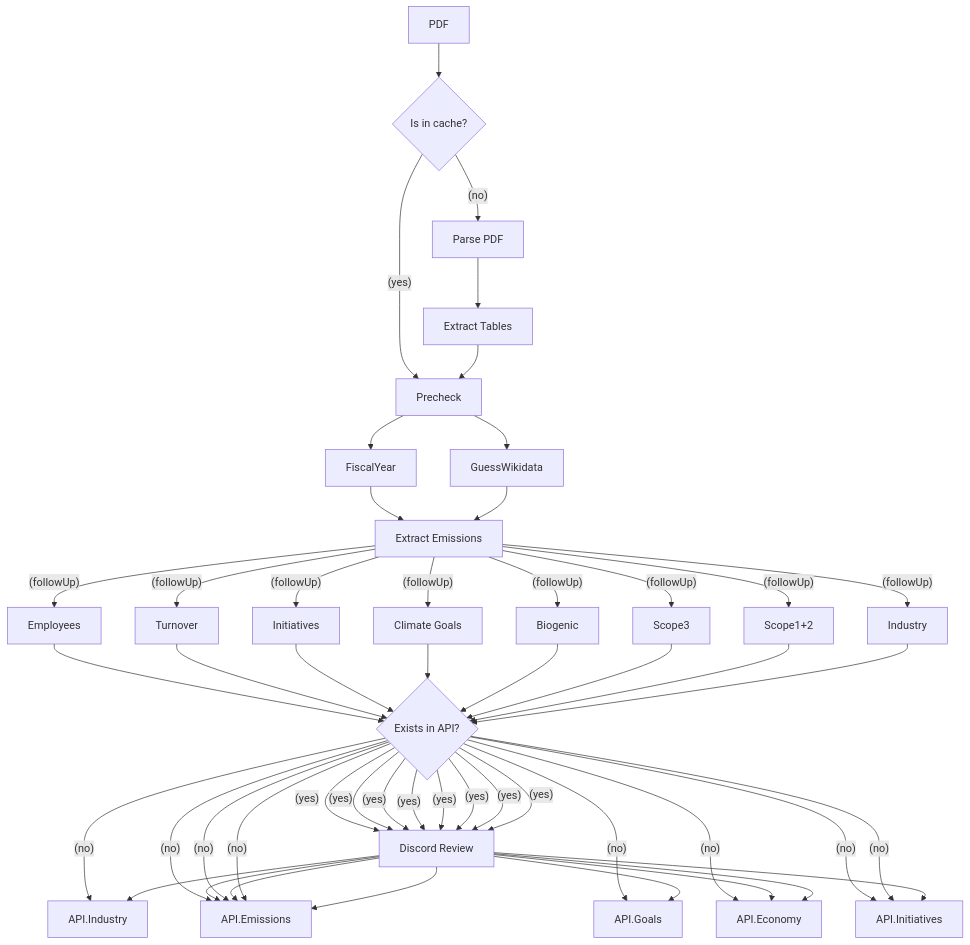
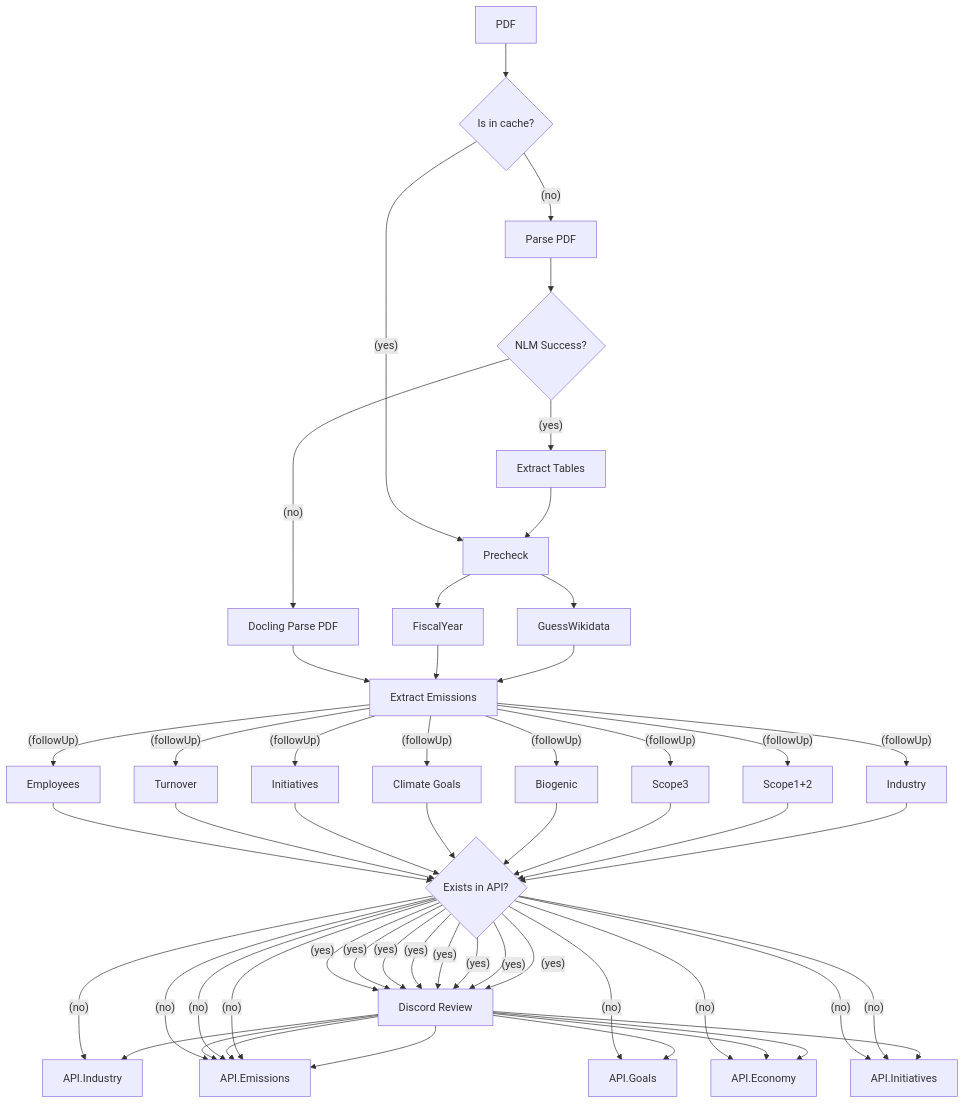
The diagram in README.md (Klimatbyran/garbo), drawn with Mermaid before and after one commit. The commit also changed 2 other files, not shown here.

Commit message:
async mm

````diff
--- a/README.md
+++ b/README.md
@@ -19,39 +19,44 @@
 ```mermaid
 flowchart TB
 
     PDF[PDF]
     Cache{Is in cache?}
     NLM[Parse PDF]
+    Docling[Docling Parse PDF]
+    NLMFail{NLM Success?}
     Tables[Extract Tables]
     Emissions[Extract Emissions]
 
     Industry[Industry]
     Goals[Climate Goals]
     Review[Discord Review]
 
     Precheck --> GuessWikidata --> Emissions
     Precheck --> FiscalYear --> Emissions
 
-    PDF --> Cache --(no)--> NLM --> Tables --> Precheck
+    PDF --> Cache --(no)--> NLM --> NLMFail
+
+    NLMFail --(yes)--> Tables --> Precheck
+    NLMFail --(no)--> Docling --> Emissions
 
     Cache --(yes)--> Precheck
 
     CheckDB{Exists in API?}
 
     Emissions --(followUp)--> Industry --> CheckDB --(yes)--> Review --> API.Industry
                                            CheckDB --(no)--> API.Industry
     Emissions --(followUp)--> Scope1+2 --> CheckDB --(yes)--> Review --> API.Emissions
                                            CheckDB --(no)--> API.Emissions
     Emissions --(followUp)--> Scope3 --> CheckDB --(yes)--> Review --> API.Emissions
                                            CheckDB --(no)--> API.Emissions
     Emissions --(followUp)--> Biogenic --> CheckDB --(yes)--> Review --> API.Emissions
                                            CheckDB --(no)--> API.Emissions
     Emissions --(followUp)--> Goals --> CheckDB --(yes)--> Review --> API.Goals
                                            CheckDB --(no)--> API.Goals
     Emissions --(followUp)--> Initiatives --> CheckDB --(yes)--> Review --> API.Initiatives
                                            CheckDB --(no)--> API.Initiatives
     Emissions --(followUp)--> Turnover --> CheckDB --(yes)--> Review --> API.Economy
                                            CheckDB --(no)--> API.Initiatives
     Emissions --(followUp)--> Employees --> CheckDB --(yes)--> Review --> API.Economy
                                            CheckDB --(no)--> API.Economy
 ```
````
